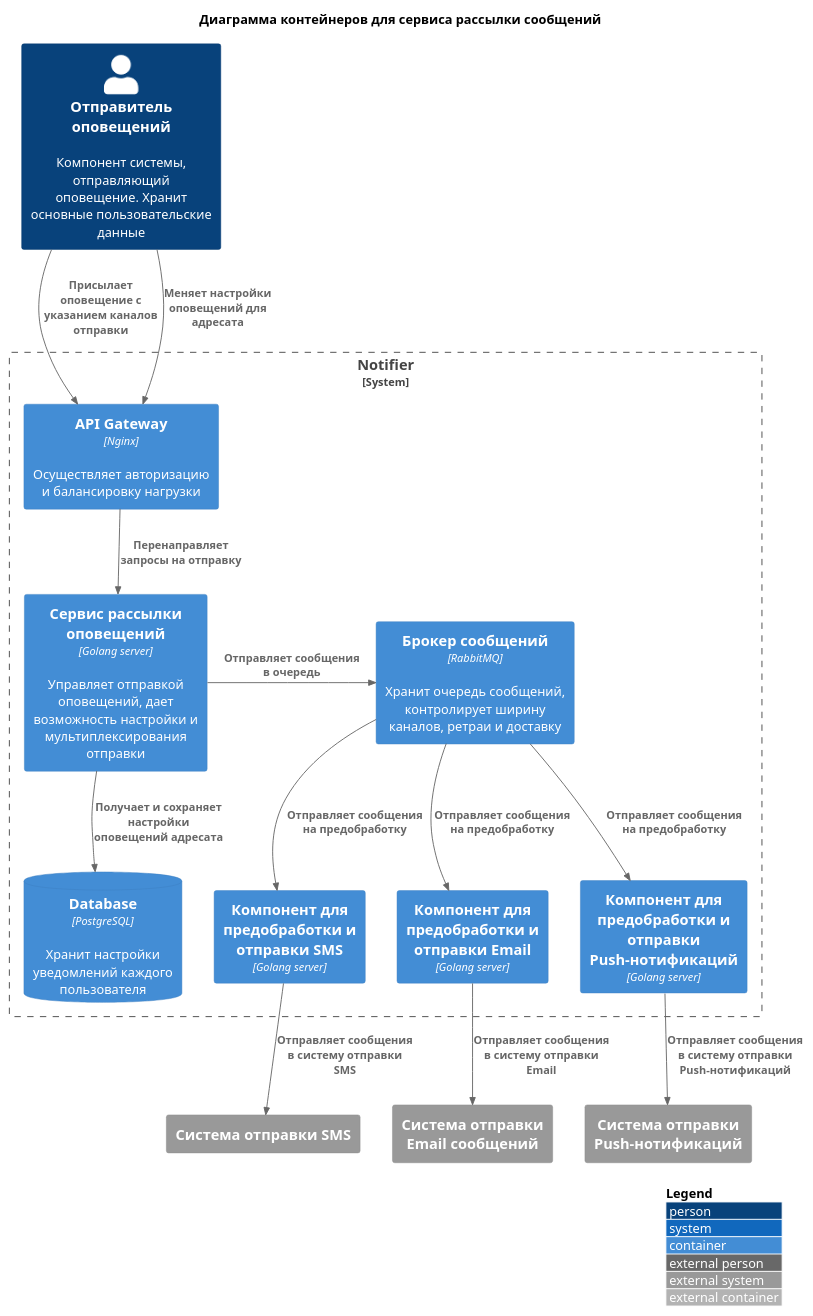
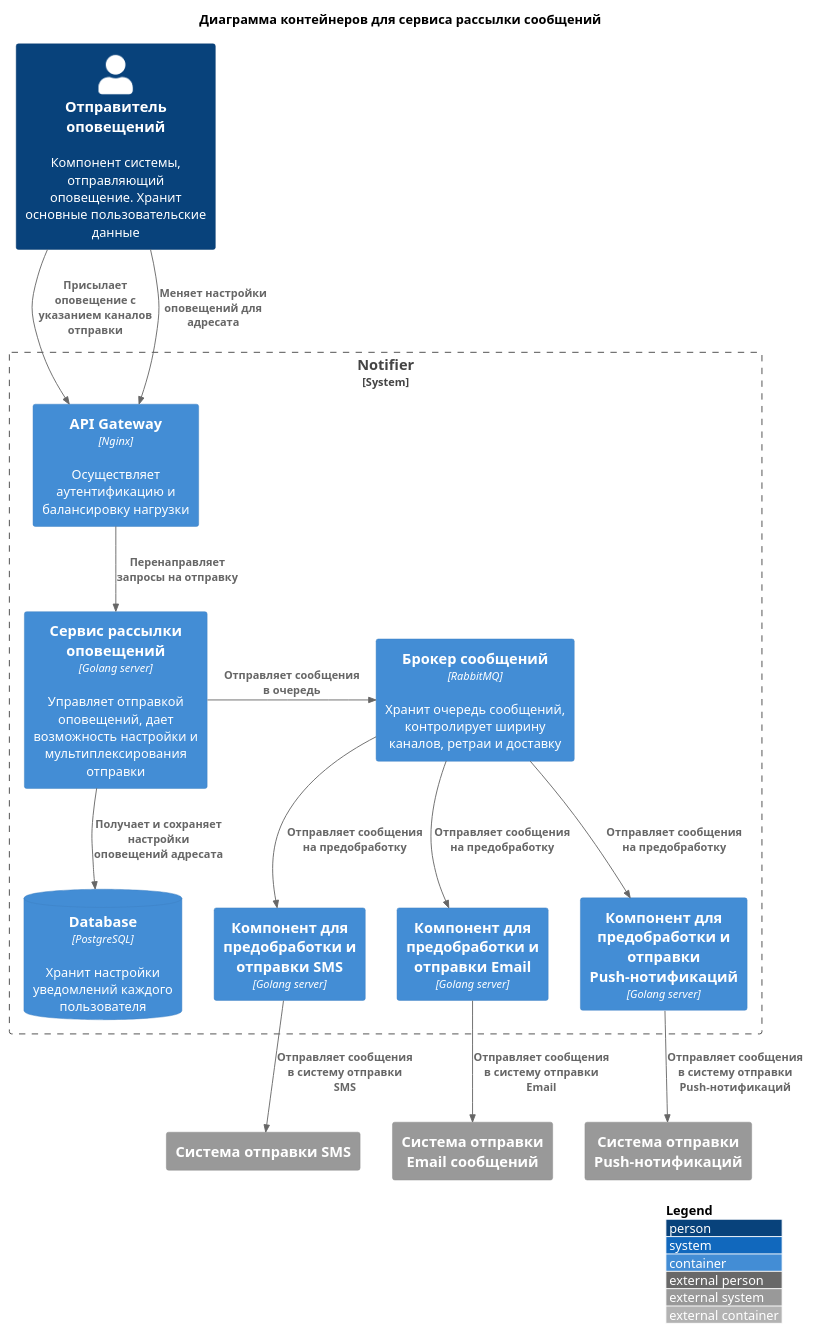
One commit to Yandex-Practicum/architect-practice-tpl changed the diagram in notificator/static/puml/c2.puml. Above: the diagram before and after it, drawn with PlantUML. The commit also changed 3 other files, not shown here.

Commit message:
add auth to diagrams

```diff
--- a/notificator/static/puml/c2.puml
+++ b/notificator/static/puml/c2.puml
@@ -1,38 +1,38 @@
 @startuml
 
 !include https://raw.githubusercontent.com/plantuml-stdlib/C4-PlantUML/master/C4_Container.puml
 
 LAYOUT_WITH_LEGEND()
 
 title Диаграмма контейнеров для сервиса рассылки сообщений
 
 Person(sender_app, "Отправитель оповещений", "Компонент системы, отправляющий оповещение. Хранит основные пользовательские данные")
 
 System_Boundary(c1, "Notifier") {
-    Container(gateway, "API Gateway", "Nginx", "Осуществляет авторизацию и балансировку нагрузки")
+    Container(gateway, "API Gateway", "Nginx", "Осуществляет аутентификацию и балансировку нагрузки")
     Container(notifier_app, "Сервис рассылки оповещений", "Golang server", "Управляет отправкой оповещений, дает возможность настройки и мультиплексирования отправки")
     Container(message_queue, "Брокер сообщений", "RabbitMQ", "Хранит очередь сообщений, контролирует ширину каналов, ретраи и доставку")
     Container(sms_processor, "Компонент для предобработки и отправки SMS", "Golang server", "")
     Container(email_processor, "Компонент для предобработки и отправки Email", "Golang server", "")
     Container(push_processor, "Компонент для предобработки и отправки Push-нотификаций", "Golang server", "")
     ContainerDb(database, "Database", "PostgreSQL", "Хранит настройки уведомлений каждого пользователя")
 }
 
 System_Ext(email_system, "Система отправки Email сообщений")
 System_Ext(push_system, "Система отправки Push-нотификаций")
 System_Ext(sms_system, "Система отправки SMS")
 
 Rel(sender_app, gateway, "Присылает оповещение с указанием каналов отправки")
 Rel(sender_app, gateway, "Меняет настройки оповещений для адресата")
 Rel(gateway, notifier_app, "Перенаправляет запросы на отправку")
 Rel_Neighbor(notifier_app, message_queue, "Отправляет сообщения в очередь")
 Rel(message_queue, email_processor, "Отправляет сообщения на предобработку")
 Rel(message_queue, push_processor , "Отправляет сообщения на предобработку")
 Rel(message_queue, sms_processor, "Отправляет сообщения на предобработку")
 Rel(email_processor, email_system, "Отправляет сообщения в систему отправки Email")
 Rel(push_processor, push_system, "Отправляет сообщения в систему отправки Push-нотификаций")
 Rel(sms_processor, sms_system, "Отправляет сообщения в систему отправки SMS")
 
 Rel(notifier_app, database, "Получает и сохраняет настройки оповещений адресата")
 
 @enduml
```
